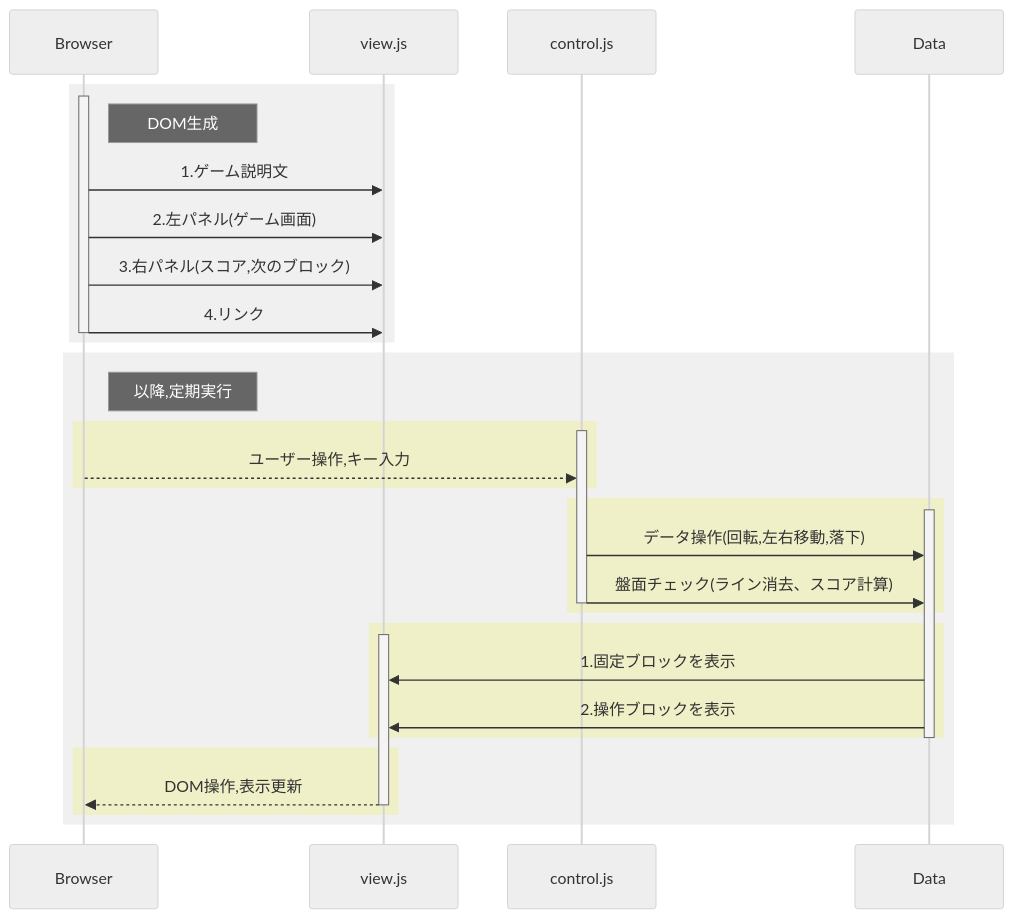
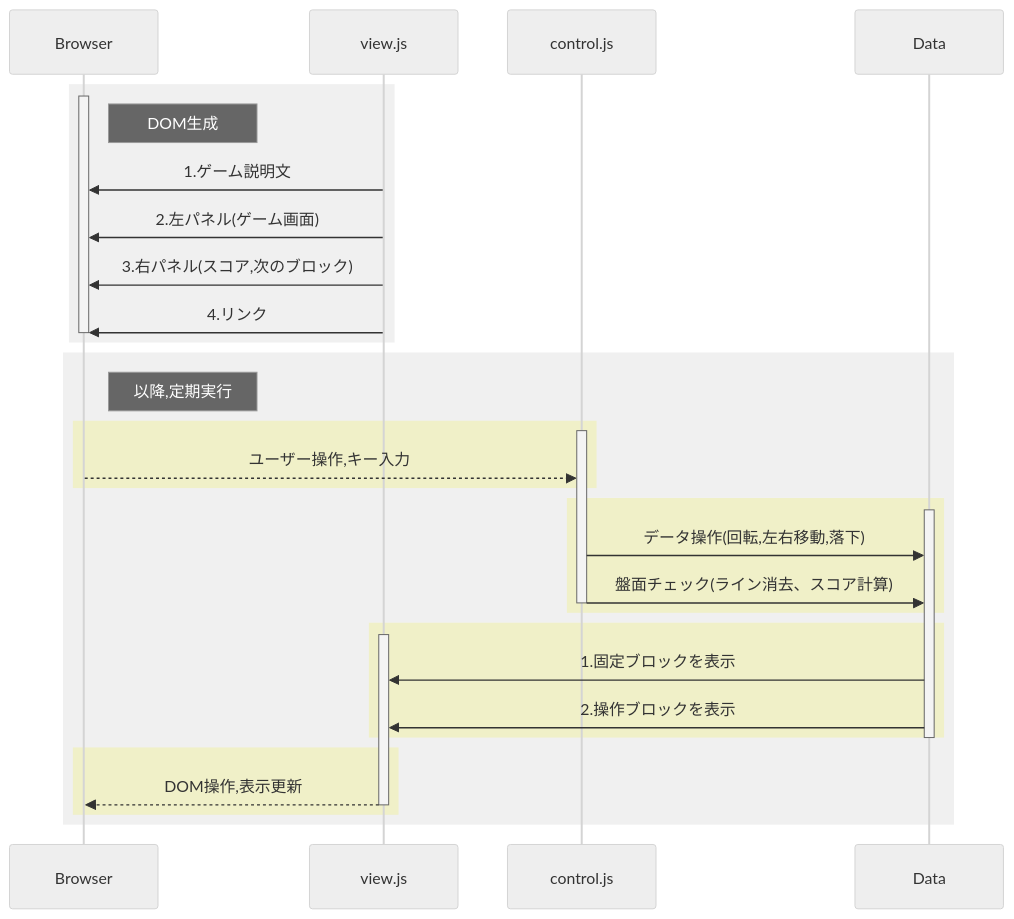
The diagram in README.md (taga4ra/-js_tetris.io), drawn with Mermaid (neutral theme) before and after one commit. The commit also changed other lines of this file, not shown here.

Commit message:
fix: wrong arrow dir

````diff
--- a/README.md
+++ b/README.md
@@ -37,41 +38,41 @@
 ```mermaid
 sequenceDiagram
 
 rect rgb(240, 240, 240)
 activate Browser
 Note Right of Browser: DOM生成
-Browser->>view.js: 1.ゲーム説明文
-Browser->>view.js: 2.左パネル(ゲーム画面)
-Browser->>view.js: 3.右パネル(スコア,次のブロック)
-Browser->>view.js: 4.リンク
+view.js->>Browser: 1.ゲーム説明文
+view.js->>Browser: 2.左パネル(ゲーム画面)
+view.js->>Browser: 3.右パネル(スコア,次のブロック)
+view.js->>Browser: 4.リンク
 deactivate Browser
 end
 
 rect rgb(240, 240, 240)
 Note right of Browser : 以降,定期実行
 
 rect rgb(240, 240, 200)
 activate control.js
 Browser-->>control.js: ユーザー操作,キー入力
 end
 
 rect rgb(240, 240, 200)
 activate Data
 control.js->>Data: データ操作(回転,左右移動,落下)
 control.js->>Data: 盤面チェック(ライン消去、スコア計算)
 deactivate control.js
 end
 
 rect rgb(240, 240, 200)
 activate view.js
 Data->>view.js: 1.固定ブロックを表示
 Data->>view.js: 2.操作ブロックを表示
 end
 deactivate Data
 
 rect rgb(240, 240, 200)
 view.js-->>-Browser: DOM操作,表示更新
 end
 
 end
 ```
````
